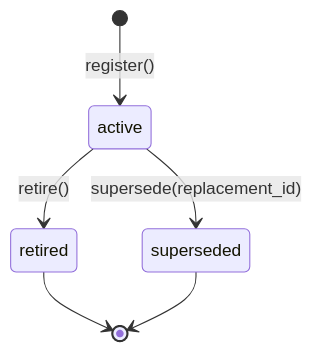
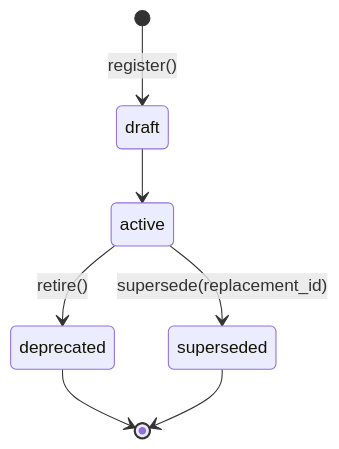
Before and after one commit to VictorHueni/clew: the first of 4 diagrams in docs/domain/07b-models/artefact-store.md, drawn with Mermaid. The commit also changed other lines of this file and 2 other files, not shown here.

````diff
--- a/docs/domain/07b-models/artefact-store.md
+++ b/docs/domain/07b-models/artefact-store.md
@@ -49,8 +49,9 @@
 ```mermaid
 stateDiagram-v2
-    [*] --> active : register()
-    active --> retired : retire()
+    [*] --> draft : register()
+    draft --> active
+    active --> deprecated : retire()
     active --> superseded : supersede(replacement_id)
-    retired --> [*]
+    deprecated --> [*]
     superseded --> [*]
 ```
````
